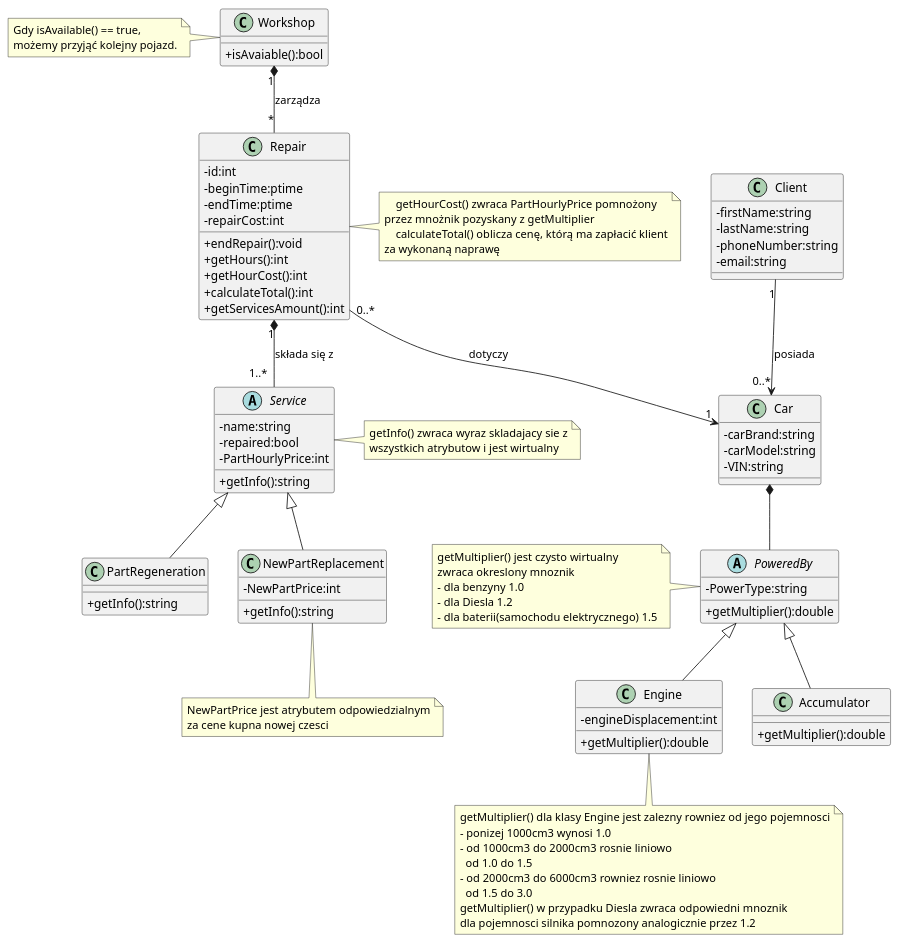
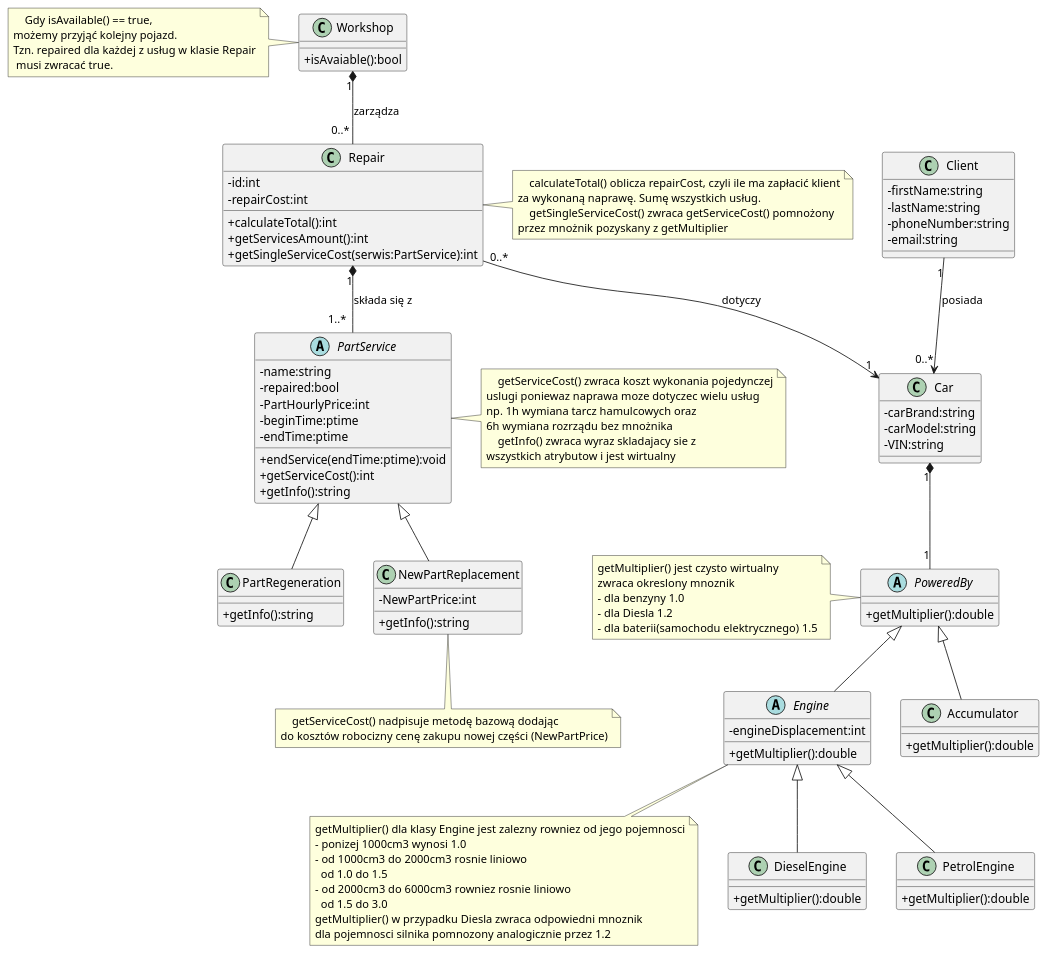
Before and after one commit to cyps0nik/pobi26: the diagram in uml/car_service.puml, drawn with PlantUML.

Commit message:
dodanie modelu Naprawy w warsztacie

```diff
--- a/uml/car_service.puml
+++ b/uml/car_service.puml
@@ -1,98 +1,112 @@
 @startuml
 'https://plantuml.com/class-diagram
 skinparam classAttributeIconSize 0
  class Car{
 - carBrand:string
 - carModel:string
 - VIN:string
 }
 
 class Client{
 - firstName:string
 - lastName:string
 - phoneNumber:string
 - email:string
 }
 class Workshop{
 +isAvaiable():bool
 }
 note left of Workshop
-Gdy isAvailable() == true,
+    Gdy isAvailable() == true,
 możemy przyjąć kolejny pojazd.
+Tzn. repaired dla każdej z usług w klasie Repair
+ musi zwracać true.
 end note
-abstract Service {
+abstract PartService {
 -name:string
 -repaired:bool
 -PartHourlyPrice:int
+-beginTime:ptime
+-endTime:ptime
++endService(endTime:ptime):void
++getServiceCost():int
 +getInfo():string
 }
-note right of Service
-getInfo() zwraca wyraz skladajacy sie z
+note right of PartService
+    getServiceCost() zwraca koszt wykonania pojedynczej
+uslugi poniewaz naprawa moze dotyczec wielu usług
+np. 1h wymiana tarcz hamulcowych oraz
+6h wymiana rozrządu bez mnożnika
+    getInfo() zwraca wyraz skladajacy sie z
 wszystkich atrybutow i jest wirtualny
 end note
 class PartRegeneration{
 +getInfo():string
 }
 class NewPartReplacement{
 -NewPartPrice:int
 +getInfo():string
 }
 note bottom of NewPartReplacement
-NewPartPrice jest atrybutem odpowiedzialnym
-za cene kupna nowej czesci
+    getServiceCost() nadpisuje metodę bazową dodając
+do kosztów robocizny cenę zakupu nowej części (NewPartPrice)
 end note
 class Repair{
 -id:int
--beginTime:ptime
--endTime:ptime
 -repairCost:int
-+endRepair():void
-+getHours():int
-+getHourCost():int
 +calculateTotal():int
 +getServicesAmount():int
++getSingleServiceCost(serwis:PartService):int
 }
 note right of Repair
-    getHourCost() zwraca PartHourlyPrice pomnożony
+    calculateTotal() oblicza repairCost, czyli ile ma zapłacić klient
+za wykonaną naprawę. Sumę wszystkich usług.
+    getSingleServiceCost() zwraca getServiceCost() pomnożony
 przez mnożnik pozyskany z getMultiplier
-    calculateTotal() oblicza cenę, którą ma zapłacić klient
-za wykonaną naprawę
 end note
 abstract PoweredBy{
--PowerType:string
 +getMultiplier():double
 }
 note left of PoweredBy
 getMultiplier() jest czysto wirtualny
 zwraca okreslony mnoznik
 - dla benzyny 1.0
 - dla Diesla 1.2
 - dla baterii(samochodu elektrycznego) 1.5
 end note
-class Engine{
+abstract Engine{
 -engineDisplacement:int
 +getMultiplier():double
 }
 note bottom of Engine
 getMultiplier() dla klasy Engine jest zalezny rowniez od jego pojemnosci
 - ponizej 1000cm3 wynosi 1.0
 - od 1000cm3 do 2000cm3 rosnie liniowo
   od 1.0 do 1.5
 - od 2000cm3 do 6000cm3 rowniez rosnie liniowo
   od 1.5 do 3.0
 getMultiplier() w przypadku Diesla zwraca odpowiedni mnoznik
 dla pojemnosci silnika pomnozony analogicznie przez 1.2
 end note
 class Accumulator{
 +getMultiplier():double
 }
-Workshop "1" *-- "*" Repair : zarządza
+class DieselEngine{
++getMultiplier():double
+
+}
+class PetrolEngine{
++getMultiplier():double
+}
+Workshop "1" *-- "0..* " Repair : zarządza
 Client "1" --> "0..*" Car : posiada
 Repair "0..*" --> "1" Car : dotyczy
-Repair "1" *-- "1..*  " Service : składa się z
-Service <|-- NewPartReplacement
-Service <|-- PartRegeneration
-Car *-- PoweredBy
+Repair "1" *-- "1..*  " PartService : składa się z
+PartService <|-- NewPartReplacement
+PartService <|-- PartRegeneration
+Car"1" *-- "1"PoweredBy
 PoweredBy <|-- Engine
 PoweredBy <|-- Accumulator
+Engine <|-- DieselEngine
+Engine <|-- PetrolEngine
 @enduml
```
